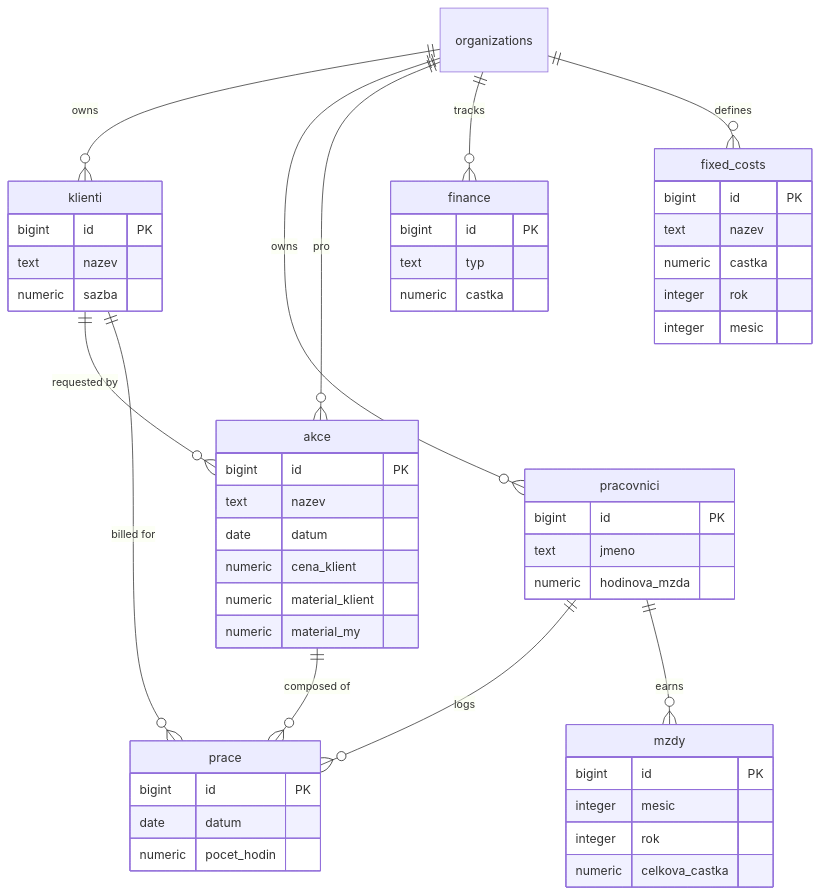
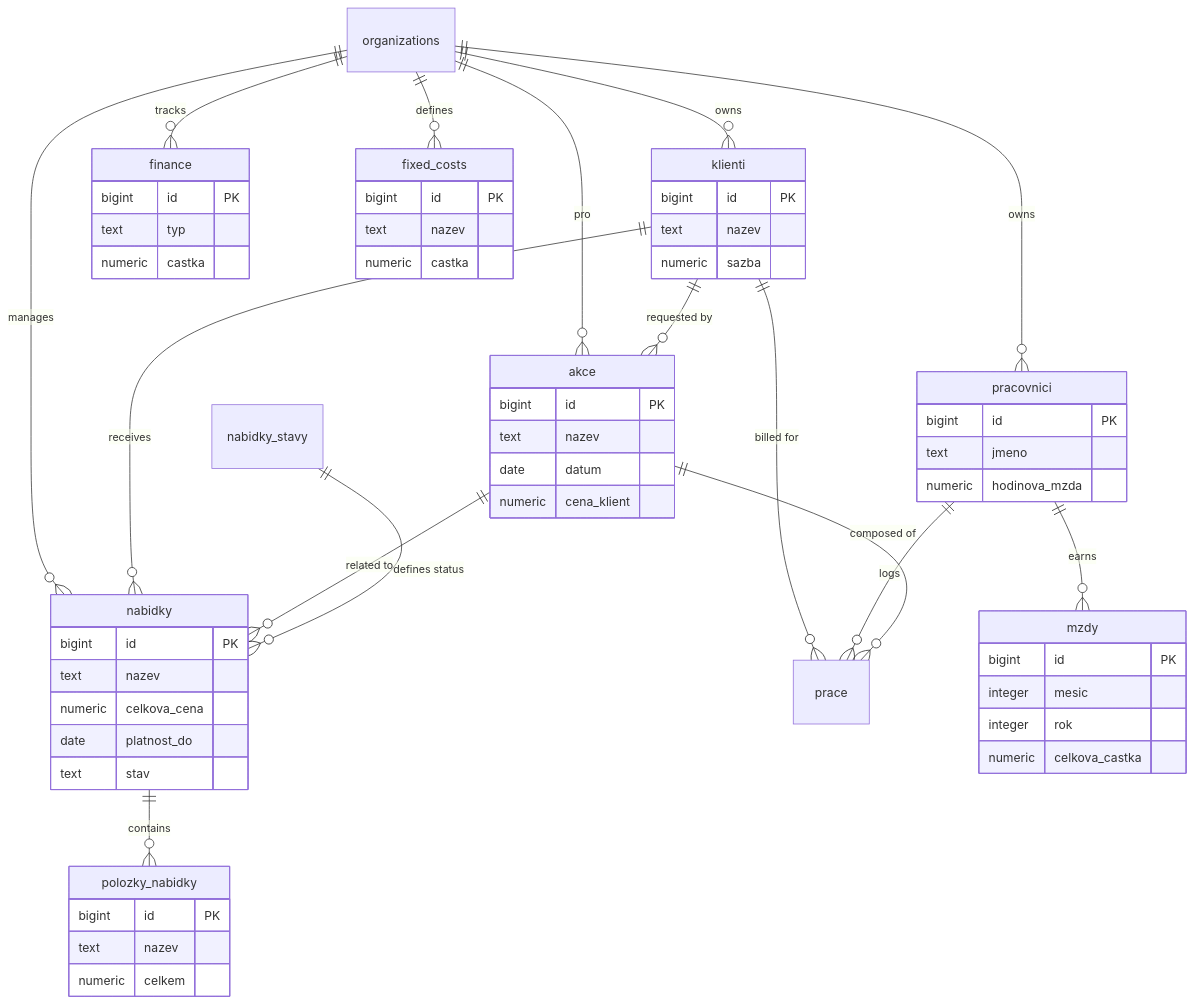
The diagram in README.md (VolPark/Sebit-App), drawn with Mermaid before and after one commit. The commit also changed other lines of this file and 5 other files, not shown here.

````diff
--- a/README.md
+++ b/README.md
@@ -62,64 +68,74 @@
 ```mermaid
 erDiagram
     organizations ||--o{ klienti : owns
     organizations ||--o{ pracovnici : owns
     organizations ||--o{ akce : pro
     organizations ||--o{ finance : tracks
     organizations ||--o{ fixed_costs : defines
+    organizations ||--o{ nabidky : manages
 
     klienti ||--o{ akce : "requested by"
     klienti ||--o{ prace : "billed for"
-    
+    klienti ||--o{ nabidky : "receives"
+
     pracovnici ||--o{ prace : "logs"
     pracovnici ||--o{ mzdy : "earns"
 
     akce ||--o{ prace : "composed of"
-    
+    akce ||--o{ nabidky : "related to"
+
+    nabidky ||--o{ polozky_nabidky : "contains"
+    nabidky_stavy ||--o{ nabidky : "defines status"
+
     klienti {
         bigint id PK
         text nazev
         numeric sazba
     }
 
     pracovnici {
         bigint id PK
         text jmeno
         numeric hodinova_mzda
     }
 
     akce {
         bigint id PK
         text nazev
         date datum
         numeric cena_klient
-        numeric material_klient
-        numeric material_my
     }
 
-    prace {
+    nabidky {
         bigint id PK
-        date datum
-        numeric pocet_hodin
+        text nazev
+        numeric celkova_cena
+        date platnost_do
+        text stav
+    }
+
+    polozky_nabidky {
+        bigint id PK
+        text nazev
+        numeric celkem
     }
 
     mzdy {
         bigint id PK
         integer mesic
         integer rok
         numeric celkova_castka
     }
 
     finance {
         bigint id PK
         text typ
         numeric castka
     }
 
     fixed_costs {
         bigint id PK
         text nazev
         numeric castka
-        integer rok
-        integer mesic
     }
 ```
````
